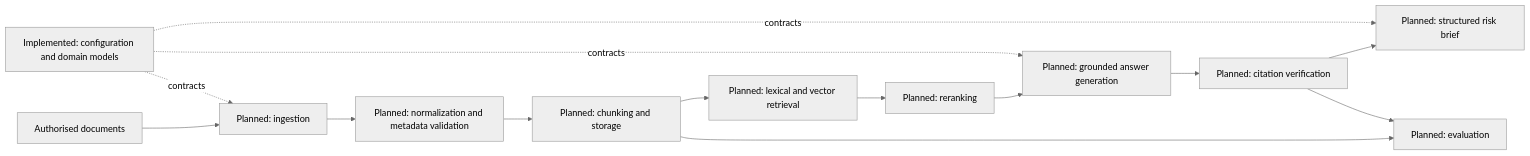
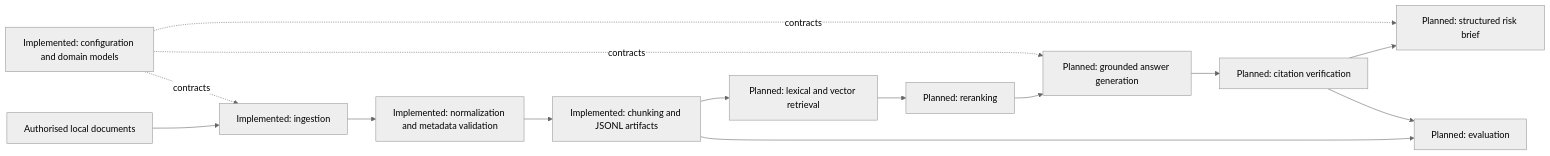
The diagram in docs/architecture.md (YushenSun/china-policy-intelligence-rag), drawn with Mermaid (neutral theme) before and after one commit. The commit also changed other lines of this file and 28 other files, not shown here.

Commit message:
feat: add document ingestion and chunking pipeline

````diff
--- a/docs/architecture.md
+++ b/docs/architecture.md
@@ -34,16 +35,16 @@
 ```mermaid
 flowchart LR
-    A["Authorised documents"] --> B["Planned: ingestion"]
-    B --> C["Planned: normalization and metadata validation"]
-    C --> D["Planned: chunking and storage"]
+    A["Authorised local documents"] --> B["Implemented: ingestion"]
+    B --> C["Implemented: normalization and metadata validation"]
+    C --> D["Implemented: chunking and JSONL artifacts"]
     D --> E["Planned: lexical and vector retrieval"]
     E --> F["Planned: reranking"]
     F --> G["Planned: grounded answer generation"]
     G --> H["Planned: citation verification"]
     H --> I["Planned: structured risk brief"]
     D --> J["Planned: evaluation"]
     H --> J
     K["Implemented: configuration and domain models"] -. contracts .-> B
     K -. contracts .-> G
     K -. contracts .-> I
 ```
````
